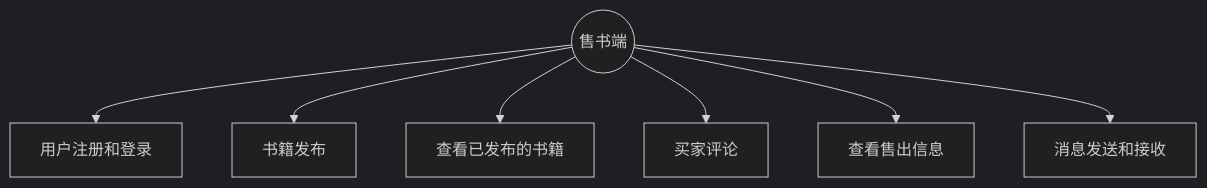
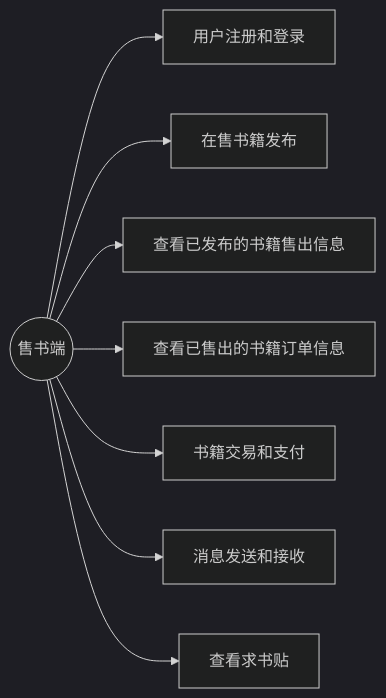
Before and after one commit to Nala-YN/DatabaseWebApp: the second of 2 diagrams in 实际实现.md, drawn with Mermaid (dark theme). The commit also changed other lines of this file and 294 other files, not shown here.

````diff
--- a/实际实现.md
+++ b/实际实现.md
@@ -50,16 +54,18 @@
 ```mermaid
-graph TB
+graph LR
 A((售书端));
 B[用户注册和登录];
-C[书籍发布];
-D[查看已发布的书籍];
-E[买家评论];
-F[查看售出信息];
+C[在售书籍发布];
+D[查看已发布的书籍售出信息];
+E[查看已售出的书籍订单信息];
+F[书籍交易和支付];
 G[消息发送和接收];
+H[查看求书贴]
 A-->B;
 A-->C;
 A-->D;
 A-->E;
 A-->F;
 A-->G;
+A-->H;
 ```
````
